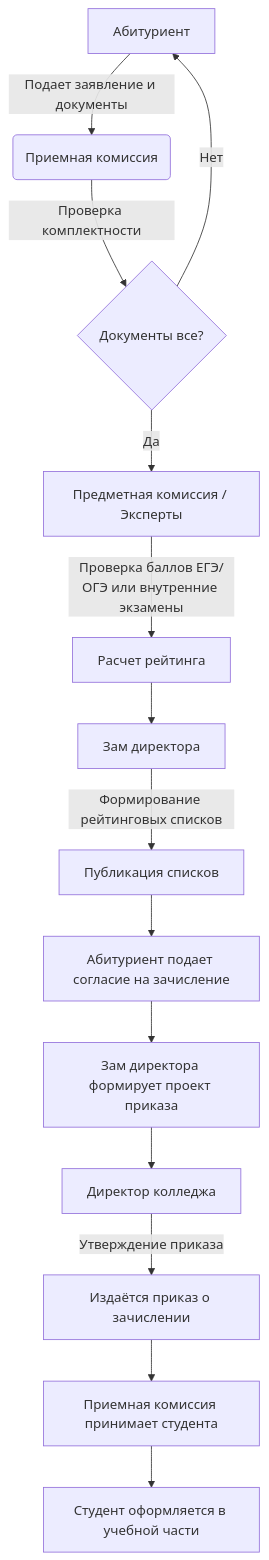
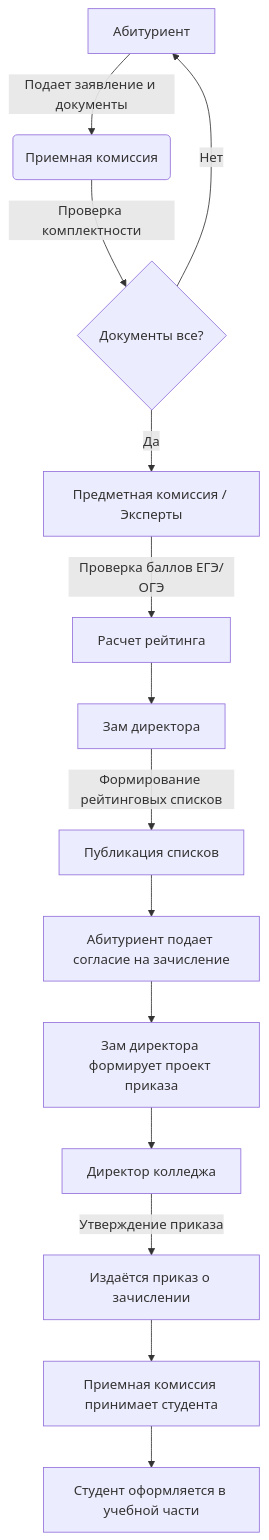
Before and after one commit to ALASTOR666-Husk/TOTAL-HELL-AGONY: the diagram in sas.md, drawn with Mermaid.

````diff
--- a/sas.md
+++ b/sas.md
@@ -1,16 +1,16 @@
 ```mermaid
 graph TD
     A[Абитуриент] -->|Подает заявление и документы| B(Приемная комиссия)
     B -->|Проверка комплектности| C{Документы все?}
     C -- Нет --> A
     C -- Да --> D[Предметная комиссия / Эксперты]
-    D -->|Проверка баллов ЕГЭ/ОГЭ или внутренние экзамены| E[Расчет рейтинга]
+    D -->|Проверка баллов ЕГЭ/ОГЭ| E[Расчет рейтинга]
     E --> F[Зам директора]
     F -->|Формирование рейтинговых списков| G[Публикация списков]
     G --> H[Абитуриент подает согласие на зачисление]
     H --> I[Зам директора формирует проект приказа]
     I --> J[Директор колледжа]
     J -->|Утверждение приказа| K[Издаётся приказ о зачислении]
     K --> L[Приемная комиссия принимает студента]
     L --> M[Студент оформляется в учебной части]
 ```
````
